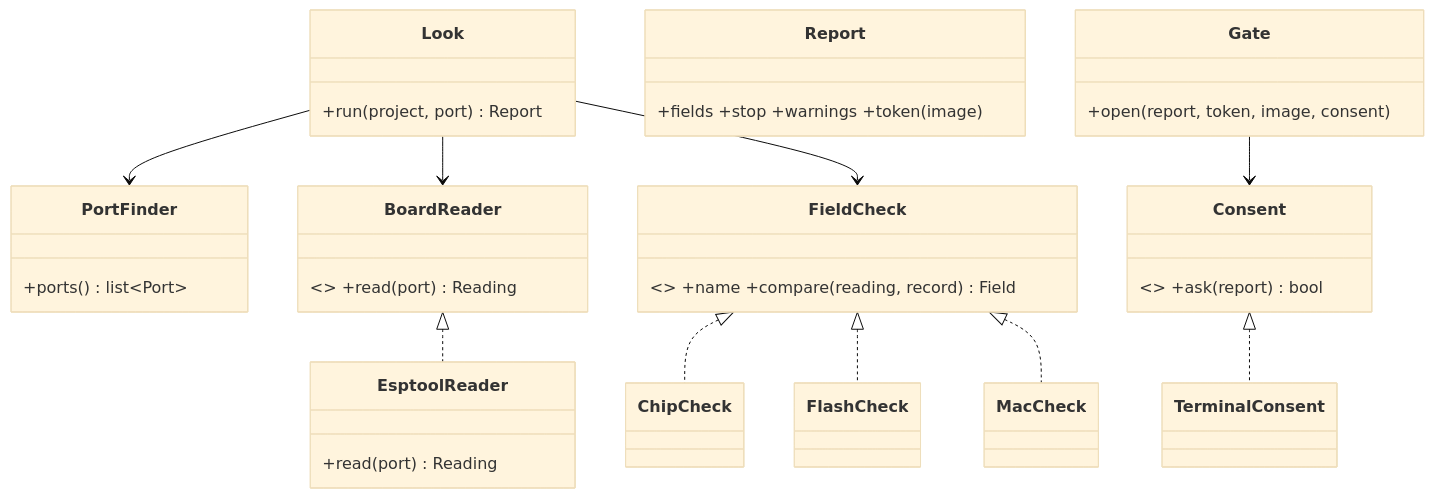
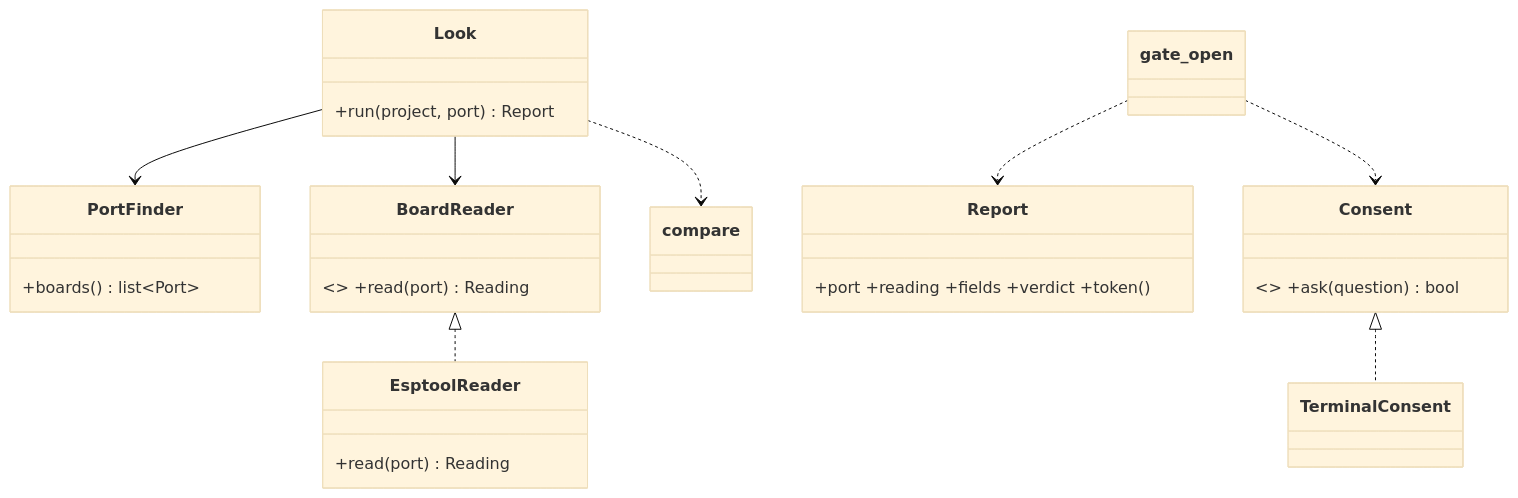
The diagram in docs/2026-10-13-p219-board-check-design.md (xmejkal/spark), drawn with Mermaid (base theme) before and after one commit. The commit also changed other lines of this file and 2 other files, not shown here.

````diff
--- a/docs/2026-10-13-p219-board-check-design.md
+++ b/docs/2026-10-13-p219-board-check-design.md
@@ -64,24 +85,17 @@
 ```mermaid
 classDiagram
-    class PortFinder { +ports() list~Port~ }
+    class PortFinder { +boards() list~Port~ }
     class BoardReader { <<interface>> +read(port) Reading }
     class EsptoolReader { +read(port) Reading }
-    class FieldCheck { <<interface>> +name +compare(reading, record) Field }
-    class ChipCheck
-    class FlashCheck
-    class MacCheck
     class Look { +run(project, port) Report }
-    class Report { +fields +stop +warnings +token(image) }
-    class Gate { +open(report, token, image, consent) }
-    class Consent { <<interface>> +ask(report) bool }
+    class Report { +port +reading +fields +verdict +token() }
+    class Consent { <<interface>> +ask(question) bool }
     class TerminalConsent
     BoardReader <|.. EsptoolReader
-    FieldCheck <|.. ChipCheck
-    FieldCheck <|.. FlashCheck
-    FieldCheck <|.. MacCheck
-    Consent <|.. TerminalConsent
     Look --> PortFinder
     Look --> BoardReader
-    Look --> FieldCheck
-    Gate --> Consent
+    Look ..> compare
+    Consent <|.. TerminalConsent
+    gate_open ..> Report
+    gate_open ..> Consent
 ```
````
